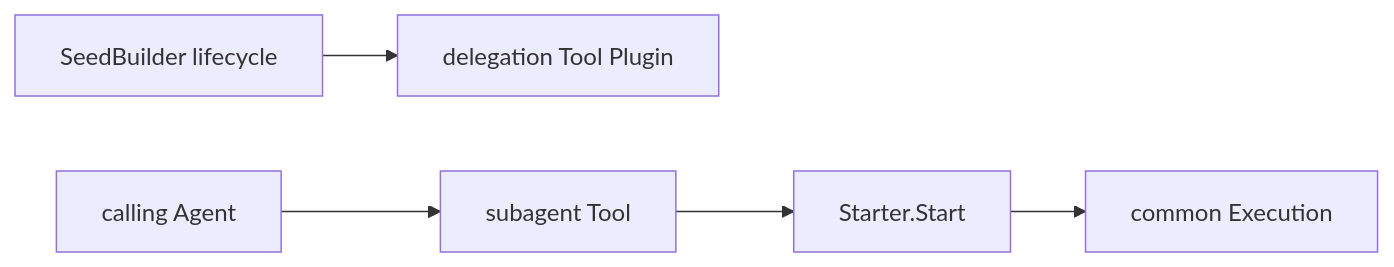
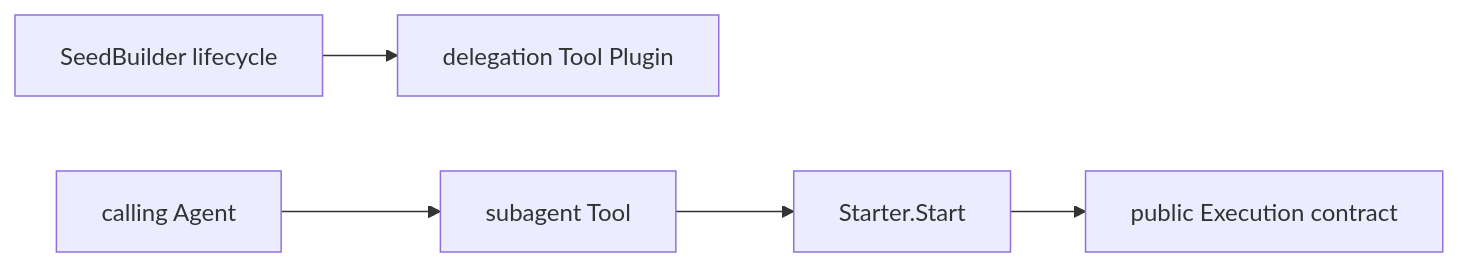
Before and after one commit to gorenx/goren: the diagram in subagent/tools/delegation/README.zh-CN.md, drawn with Mermaid. The commit also changed 29 other files, not shown here.

````diff
--- a/subagent/tools/delegation/README.zh-CN.md
+++ b/subagent/tools/delegation/README.zh-CN.md
@@ -5,7 +5,7 @@
 ```mermaid
 flowchart LR
     Builder[SeedBuilder lifecycle] --> Plugin[delegation Tool Plugin]
     Model[calling Agent] --> Tool[subagent Tool]
     Tool --> Starter[Starter.Start]
-    Starter --> Execution[common Execution]
+    Starter --> Execution[public Execution contract]
 ```
````
